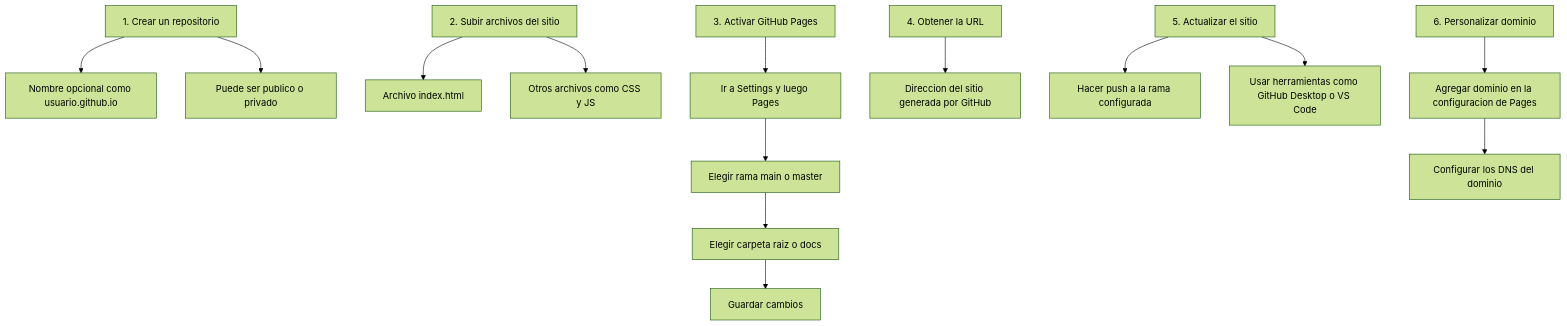
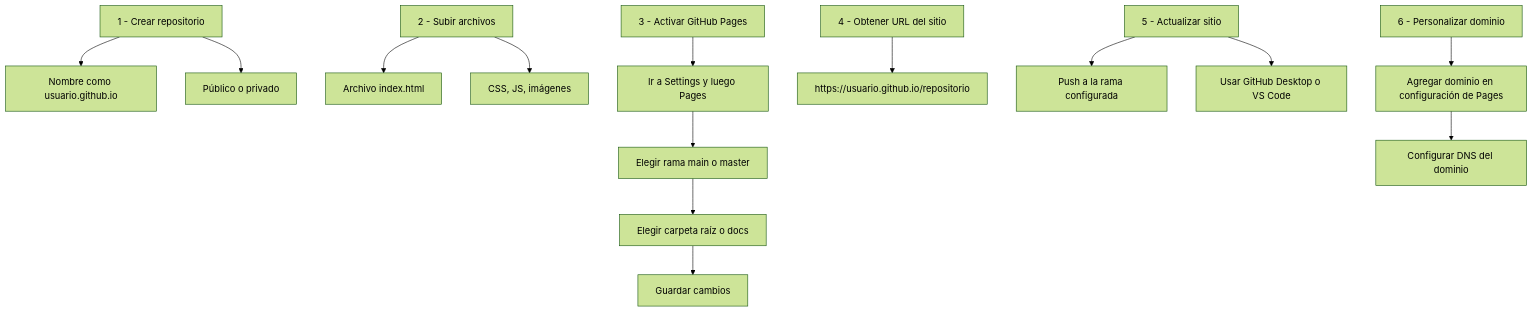
Before and after one commit to bruveping/DesarrollosP5: the diagram in readme.md, drawn with Mermaid (forest theme). The commit also changed other lines of this file, not shown here.

````diff
--- a/readme.md
+++ b/readme.md
@@ -56,21 +56,21 @@
 ```mermaid
 graph TD
-    A[1. Crear un repositorio] --> A1[Nombre opcional como usuario.github.io]
-    A --> A2[Puede ser publico o privado]
+    A[1 - Crear repositorio] --> A1[Nombre como usuario.github.io]
+    A --> A2[Público o privado]
 
-    B[2. Subir archivos del sitio] --> B1[Archivo index.html]
-    B --> B2[Otros archivos como CSS y JS]
+    B[2 - Subir archivos] --> B1[Archivo index.html]
+    B --> B2[CSS, JS, imágenes]
 
-    C[3. Activar GitHub Pages] --> C1[Ir a Settings y luego Pages]
+    C[3 - Activar GitHub Pages] --> C1[Ir a Settings y luego Pages]
     C1 --> C2[Elegir rama main o master]
-    C2 --> C3[Elegir carpeta raiz o docs]
+    C2 --> C3[Elegir carpeta raíz o docs]
     C3 --> C4[Guardar cambios]
 
-    D[4. Obtener la URL] --> D1[Direccion del sitio generada por GitHub]
+    D[4 - Obtener URL del sitio] --> D1[https://usuario.github.io/repositorio]
 
-    E[5. Actualizar el sitio] --> E1[Hacer push a la rama configurada]
-    E --> E2[Usar herramientas como GitHub Desktop o VS Code]
+    E[5 - Actualizar sitio] --> E1[Push a la rama configurada]
+    E --> E2[Usar GitHub Desktop o VS Code]
 
-    F[6. Personalizar dominio] --> F1[Agregar dominio en la configuracion de Pages]
-    F1 --> F2[Configurar los DNS del dominio]
+    F[6 - Personalizar dominio] --> F1[Agregar dominio en configuración de Pages]
+    F1 --> F2[Configurar DNS del dominio]
 ```
````
